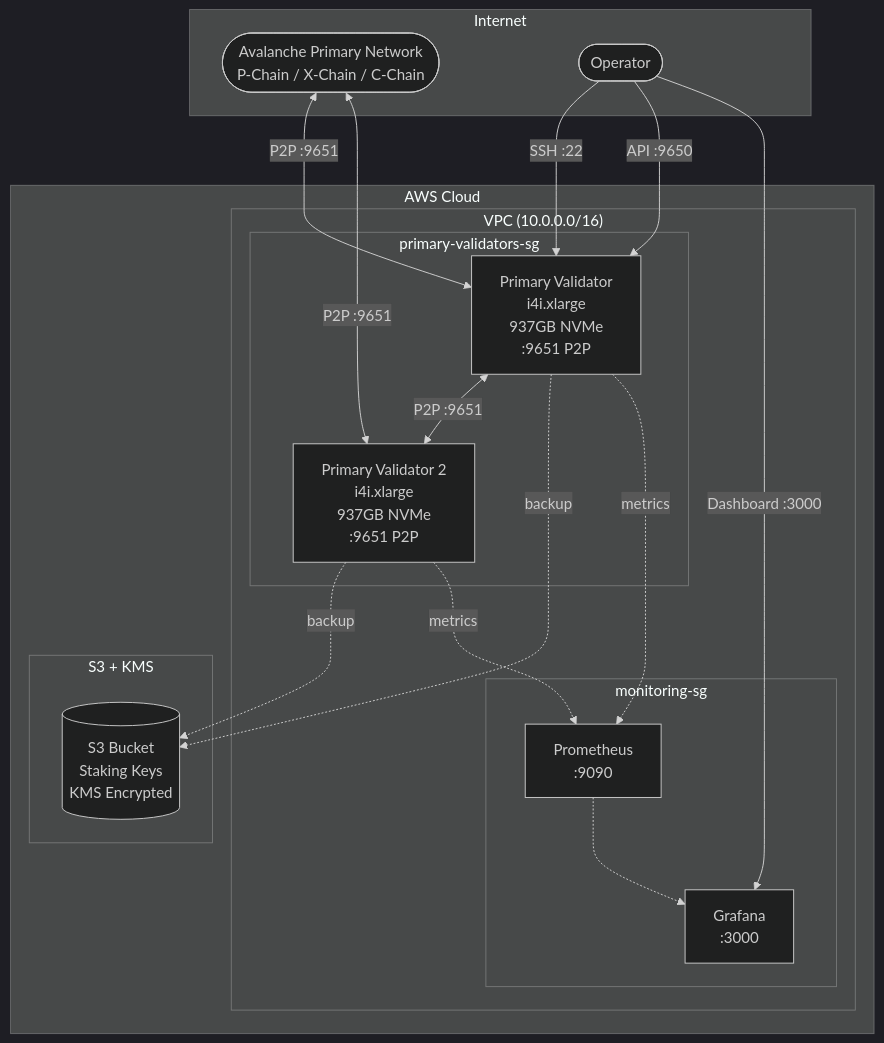
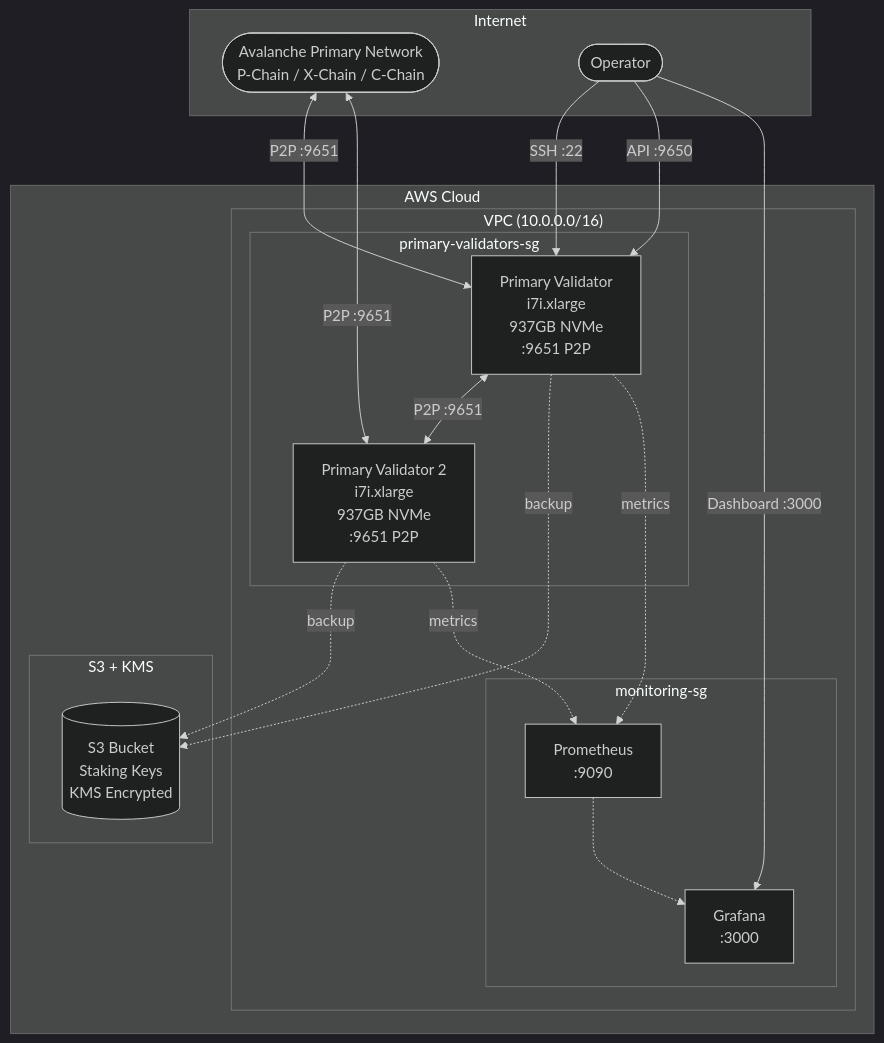
One commit to ava-labs/avalanche-deploy changed the first of 2 diagrams in docs/primary-network/DEPLOYMENT.md. Above: the diagram before and after it, drawn with Mermaid (dark theme). The commit also changed other lines of this file and 4 other files, not shown here.

First line of the commit message:
feat(primary-network): default validators to i7i.xlarge (was i4i.xlarge)

````diff
--- a/docs/primary-network/DEPLOYMENT.md
+++ b/docs/primary-network/DEPLOYMENT.md
@@ -9,40 +9,40 @@
 ```mermaid
 flowchart TB
     subgraph Internet
         PrimaryNetwork([Avalanche Primary Network<br/>P-Chain / X-Chain / C-Chain])
         Operator([Operator])
     end
 
     subgraph AWS["AWS Cloud"]
         subgraph VPC["VPC (10.0.0.0/16)"]
             subgraph PrimaryValidatorsSG["primary-validators-sg"]
-                PV1[Primary Validator<br/>i4i.xlarge<br/>937GB NVMe<br/>:9651 P2P]
-                PV2[Primary Validator 2<br/>i4i.xlarge<br/>937GB NVMe<br/>:9651 P2P]
+                PV1[Primary Validator<br/>i7i.xlarge<br/>937GB NVMe<br/>:9651 P2P]
+                PV2[Primary Validator 2<br/>i7i.xlarge<br/>937GB NVMe<br/>:9651 P2P]
             end
 
             subgraph MonitoringSG["monitoring-sg"]
                 Prometheus[Prometheus<br/>:9090]
                 Grafana[Grafana<br/>:3000]
             end
         end
 
         subgraph Storage["S3 + KMS"]
             S3[(S3 Bucket<br/>Staking Keys<br/>KMS Encrypted)]
         end
     end
 
     PrimaryNetwork <-->|P2P :9651| PV1
     PrimaryNetwork <-->|P2P :9651| PV2
     PV1 <-->|P2P :9651| PV2
 
     Operator -->|SSH :22| PV1
     Operator -->|API :9650| PV1
     Operator -->|Dashboard :3000| Grafana
 
     PV1 -.->|backup| S3
     PV2 -.->|backup| S3
 
     PV1 -.->|metrics| Prometheus
     PV2 -.->|metrics| Prometheus
     Prometheus -.-> Grafana
 ```
````
